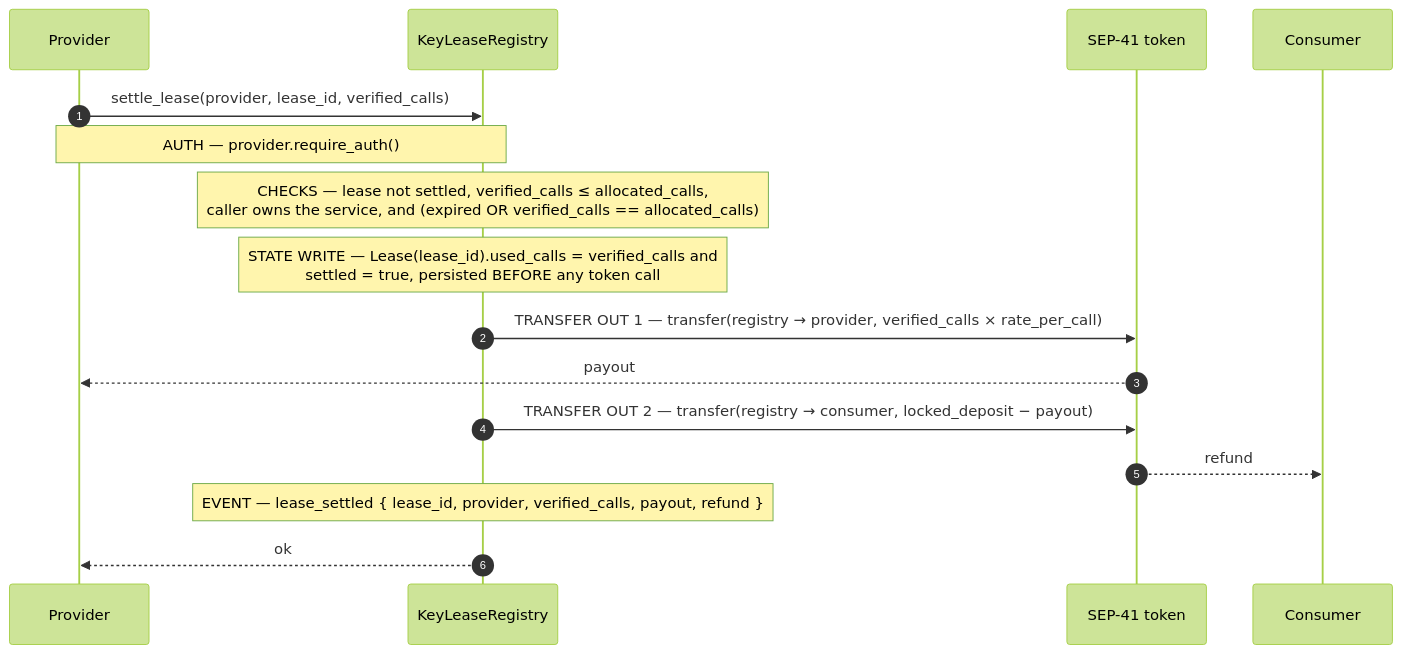
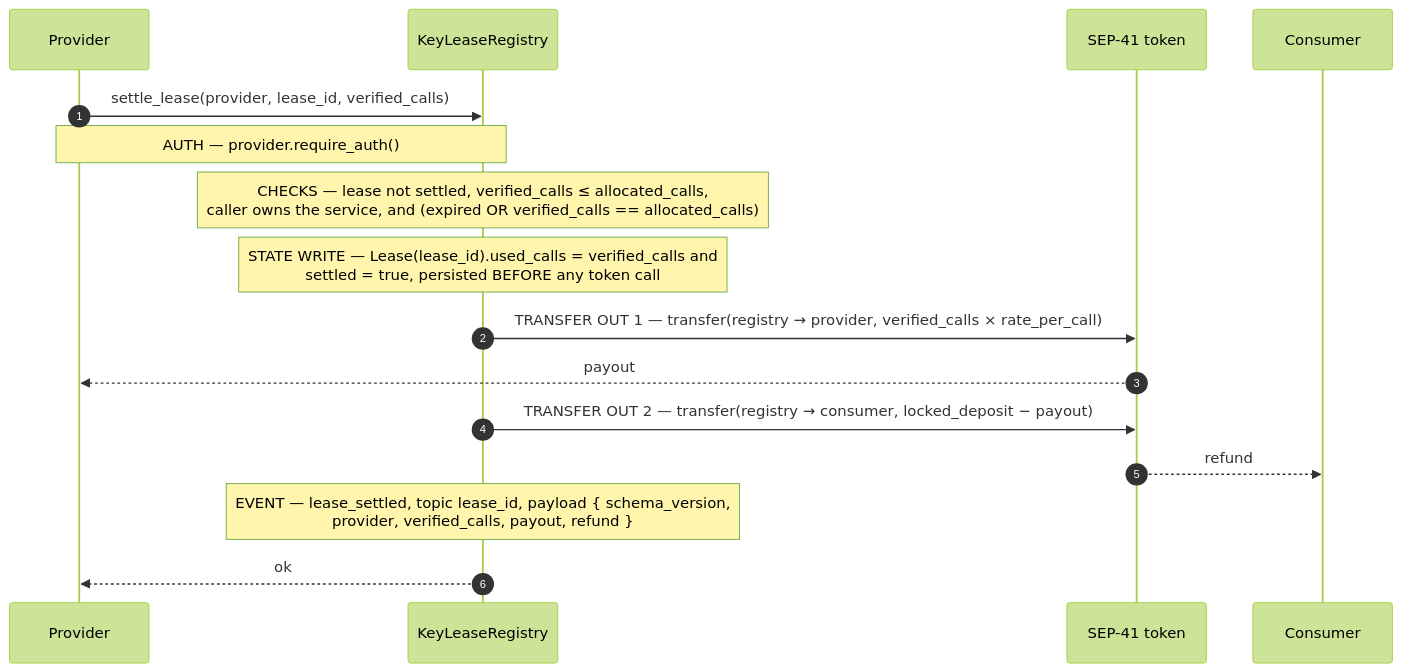
One commit to KeyLease-Security/keylease-core changed the fourth of 5 diagrams in docs/architecture.md. Above: the diagram before and after it, drawn with Mermaid (forest theme). The commit also changed other lines of this file and 2 other files, not shown here.

````diff
--- a/docs/architecture.md
+++ b/docs/architecture.md
@@ -141,19 +141,19 @@
 ```mermaid
 sequenceDiagram
     autonumber
     participant P as Provider
     participant R as KeyLeaseRegistry
     participant T as SEP-41 token
     participant C as Consumer
 
     P->>R: settle_lease(provider, lease_id, verified_calls)
     Note over P,R: AUTH — provider.require_auth()
     Note over R: CHECKS — lease not settled, verified_calls ≤ allocated_calls,<br/>caller owns the service, and (expired OR verified_calls == allocated_calls)
     Note over R: STATE WRITE — Lease(lease_id).used_calls = verified_calls and<br/>settled = true, persisted BEFORE any token call
     R->>T: TRANSFER OUT 1 — transfer(registry → provider, verified_calls × rate_per_call)
     T-->>P: payout
     R->>T: TRANSFER OUT 2 — transfer(registry → consumer, locked_deposit − payout)
     T-->>C: refund
-    Note over R: EVENT — lease_settled { lease_id, provider, verified_calls, payout, refund }
+    Note over R: EVENT — lease_settled, topic lease_id, payload { schema_version,<br/>provider, verified_calls, payout, refund }
     R-->>P: ok
 ```
````
